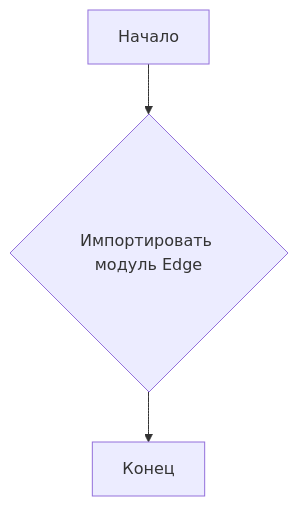
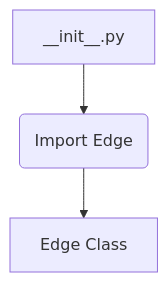
Before and after one commit to hypo69/hypo: the first of 2 diagrams in docs/gemini/ru/explainer/src/webdriver/edge/__init__.md, drawn with Mermaid. The commit also changed other lines of this file and 311 other files, not shown here.

````diff
--- a/docs/gemini/ru/explainer/src/webdriver/edge/__init__.md
+++ b/docs/gemini/ru/explainer/src/webdriver/edge/__init__.md
@@ -22,5 +24,5 @@
 ```mermaid
 graph TD
-    A[Начало] --> B{Импортировать модуль Edge};
-    B --> C[Конец];
+    A[__init__.py] --> B(Import Edge);
+    B --> C[Edge Class];
 ```
````
